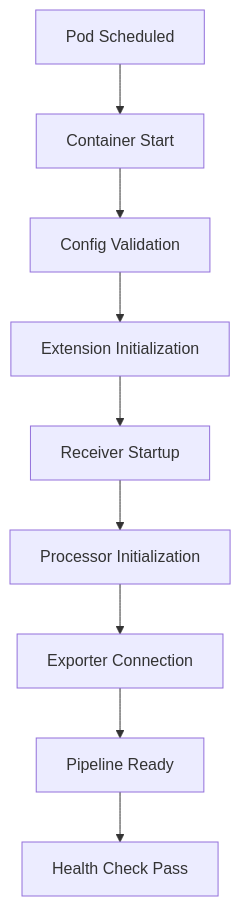
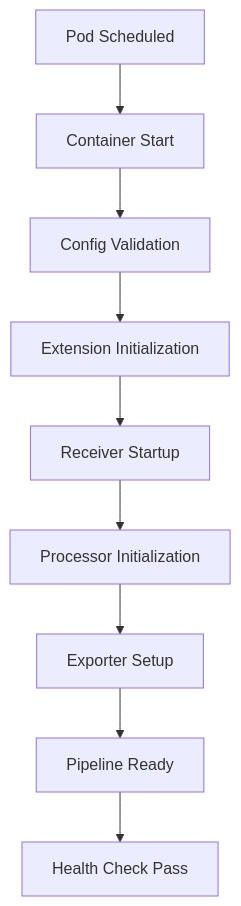
The diagram in posts/2026-02-06-fix-collector-slow-startup-kubernetes/README.md (OneUptime/blog), drawn with Mermaid before and after one commit. The commit also changed other lines of this file and 2 other files, not shown here.

````diff
--- a/posts/2026-02-06-fix-collector-slow-startup-kubernetes/README.md
+++ b/posts/2026-02-06-fix-collector-slow-startup-kubernetes/README.md
@@ -15,11 +15,11 @@
 ```mermaid
 graph TD
     A[Pod Scheduled] --> B[Container Start]
     B --> C[Config Validation]
     C --> D[Extension Initialization]
     D --> E[Receiver Startup]
     E --> F[Processor Initialization]
-    F --> G[Exporter Connection]
+    F --> G[Exporter Setup]
     G --> H[Pipeline Ready]
     H --> I[Health Check Pass]
 ```
````
